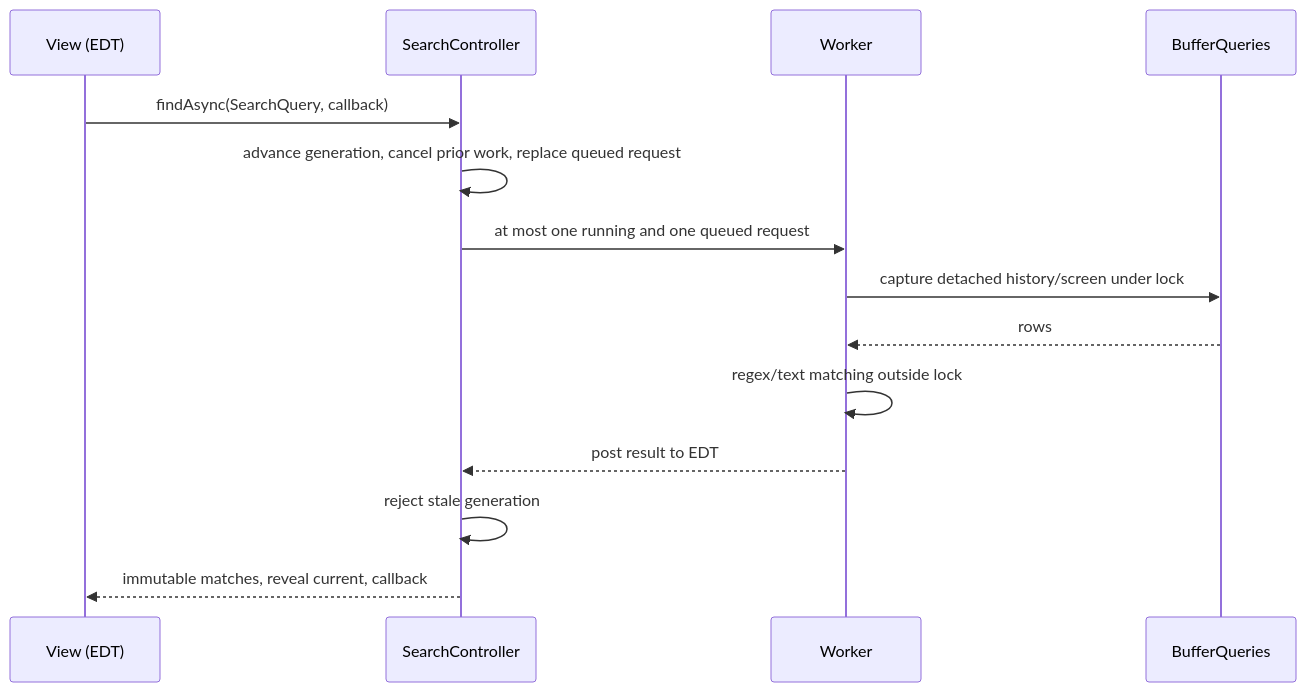
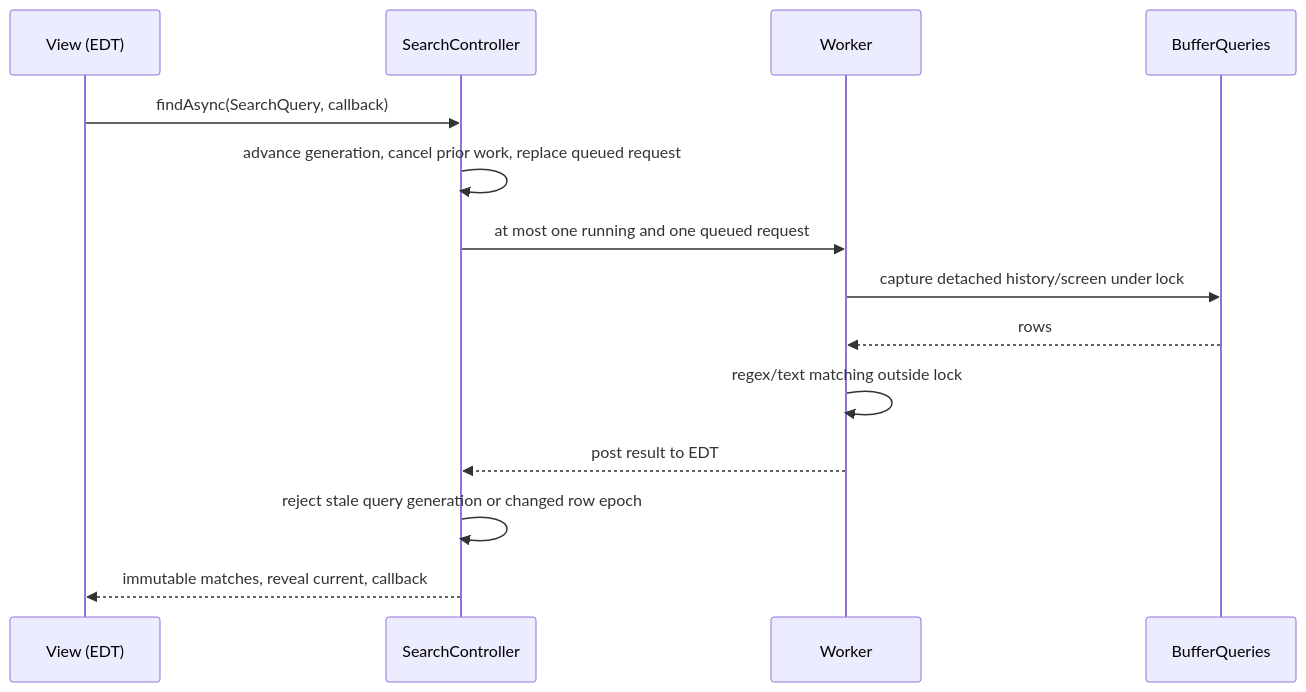
The fourth of 5 diagrams in docs/terminal-architecture.md (an0nn30/Jasper), drawn with Mermaid before and after one commit. The commit also changed other lines of this file and 8 other files, not shown here.

Commit message:
fix(terminal): reject queued search results after row resets

````diff
--- a/docs/terminal-architecture.md
+++ b/docs/terminal-architecture.md
@@ -127,16 +127,16 @@
 ```mermaid
 sequenceDiagram
     participant View as View (EDT)
     participant Search as SearchController
     participant Worker
     participant Queries as BufferQueries
     View->>Search: findAsync(SearchQuery, callback)
     Search->>Search: advance generation, cancel prior work, replace queued request
     Search->>Worker: at most one running and one queued request
     Worker->>Queries: capture detached history/screen under lock
     Queries-->>Worker: rows
     Worker->>Worker: regex/text matching outside lock
     Worker-->>Search: post result to EDT
-    Search->>Search: reject stale generation
+    Search->>Search: reject stale query generation or changed row epoch
     Search-->>View: immutable matches, reveal current, callback
 ```
````
